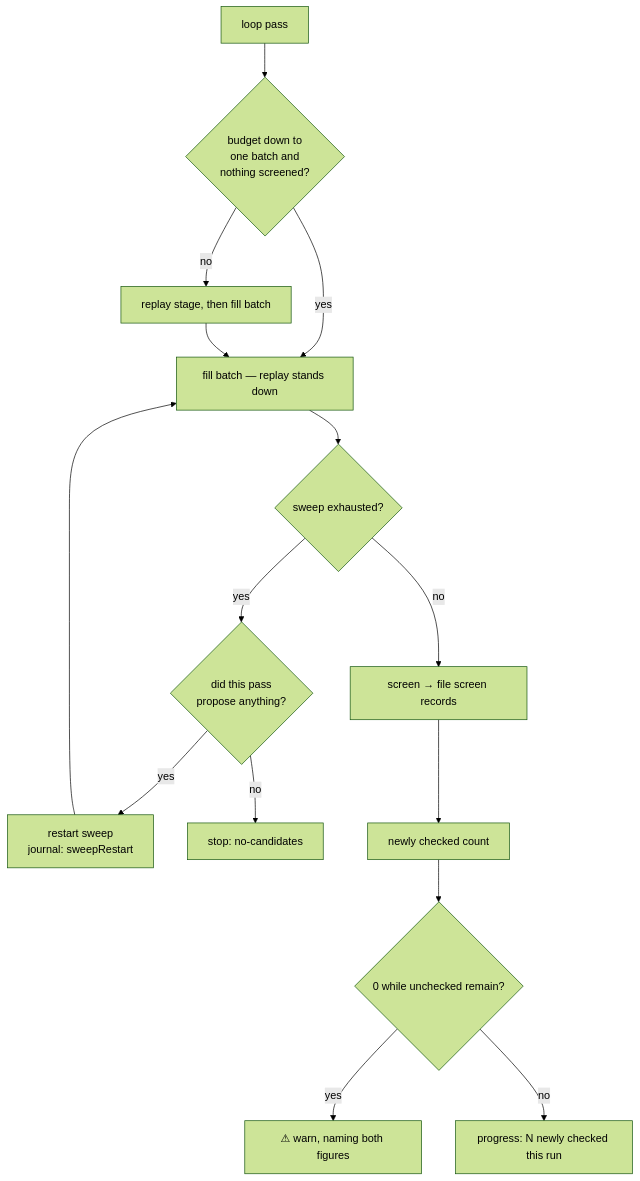
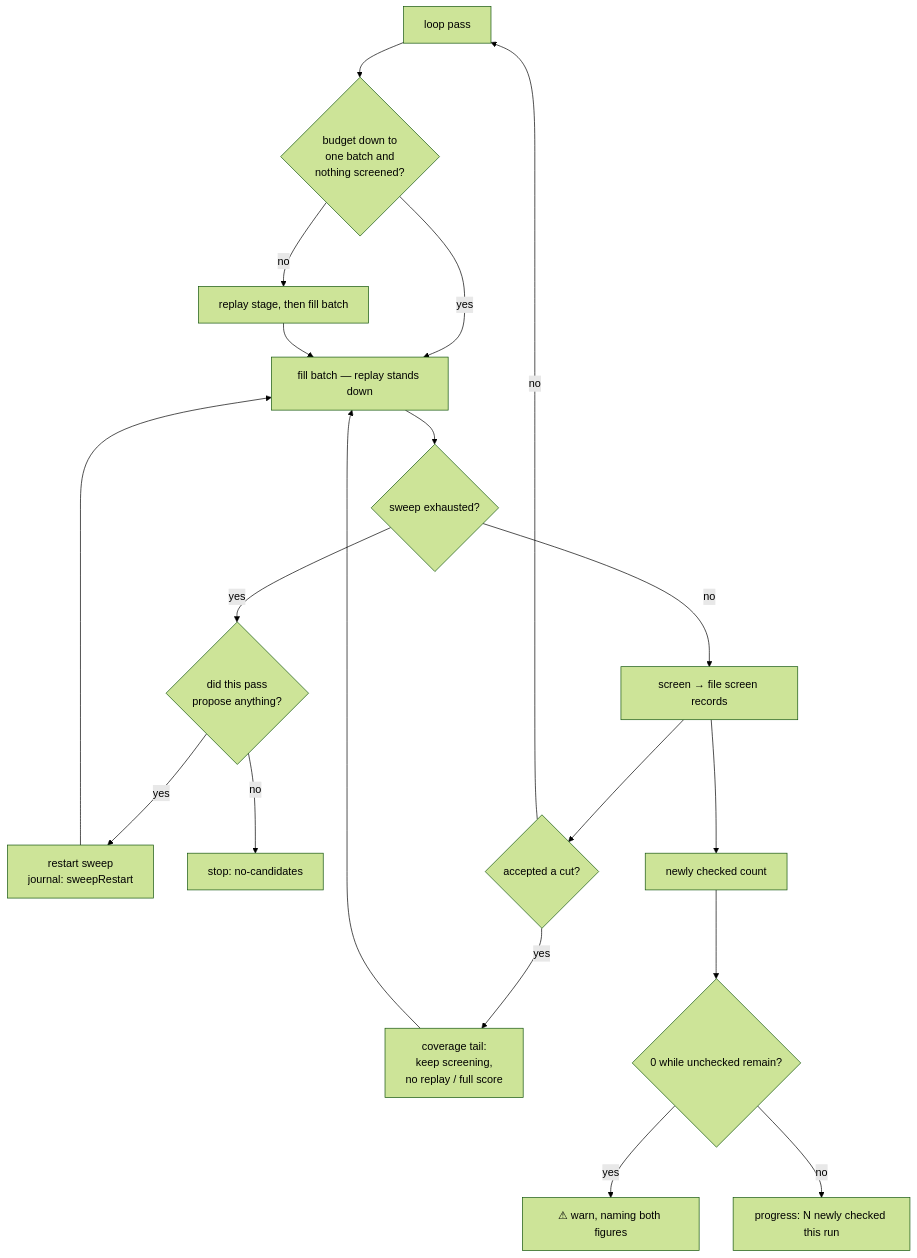
The fifth of 10 diagrams in README.md (stSoftwareAU/NEAT-AI-Ockham), drawn with Mermaid (forest theme) before and after one commit. The commit also changed other lines of this file and 12 other files, not shown here.

````diff
--- a/README.md
+++ b/README.md
@@ -489,17 +512,21 @@
 ```mermaid
 flowchart TD
     L["loop pass"] --> Y{"budget down to<br/>one batch and<br/>nothing screened?"}
     Y -->|yes| B["fill batch — replay stands down"]
     Y -->|no| RP["replay stage, then fill batch"]
     RP --> B
     B --> E{"sweep exhausted?"}
     E -->|no| S["screen → file screen records"]
     E -->|yes| P{"did this pass<br/>propose anything?"}
     P -->|yes| R["restart sweep<br/>journal: sweepRestart"]
     P -->|no| X["stop: no-candidates"]
     R --> B
+    S --> A{"accepted a cut?"}
+    A -->|no| L
+    A -->|yes| T["coverage tail:<br/>keep screening,<br/>no replay / full score"]
+    T --> B
     S --> N["newly checked count"]
     N --> W{"0 while unchecked remain?"}
     W -->|yes| G["⚠ warn, naming both figures"]
     W -->|no| K["progress: N newly checked this run"]
 ```
````
